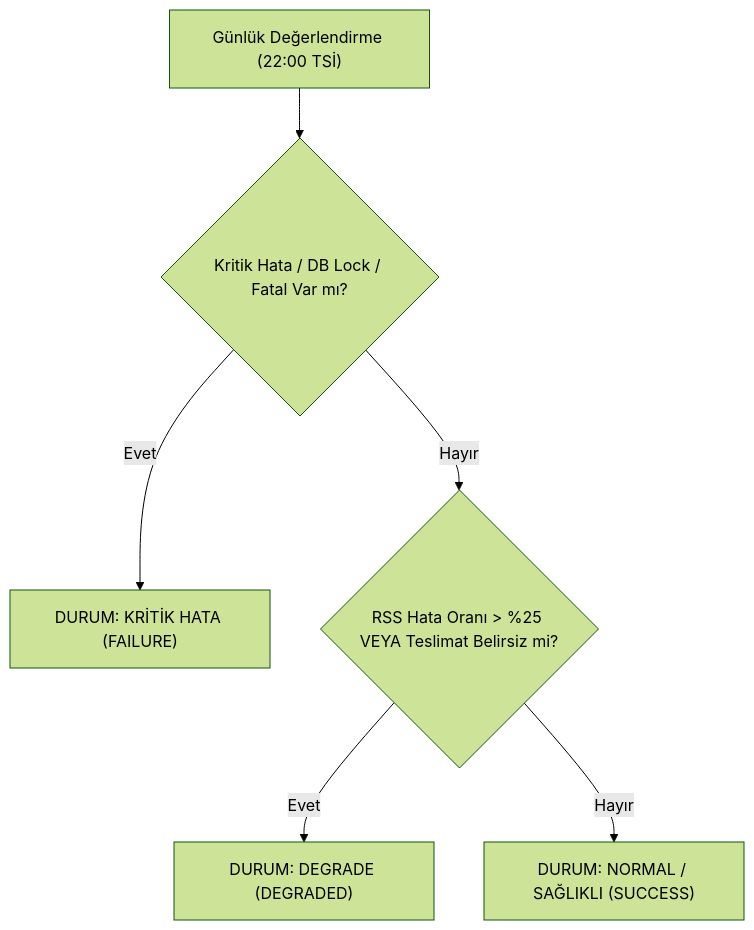
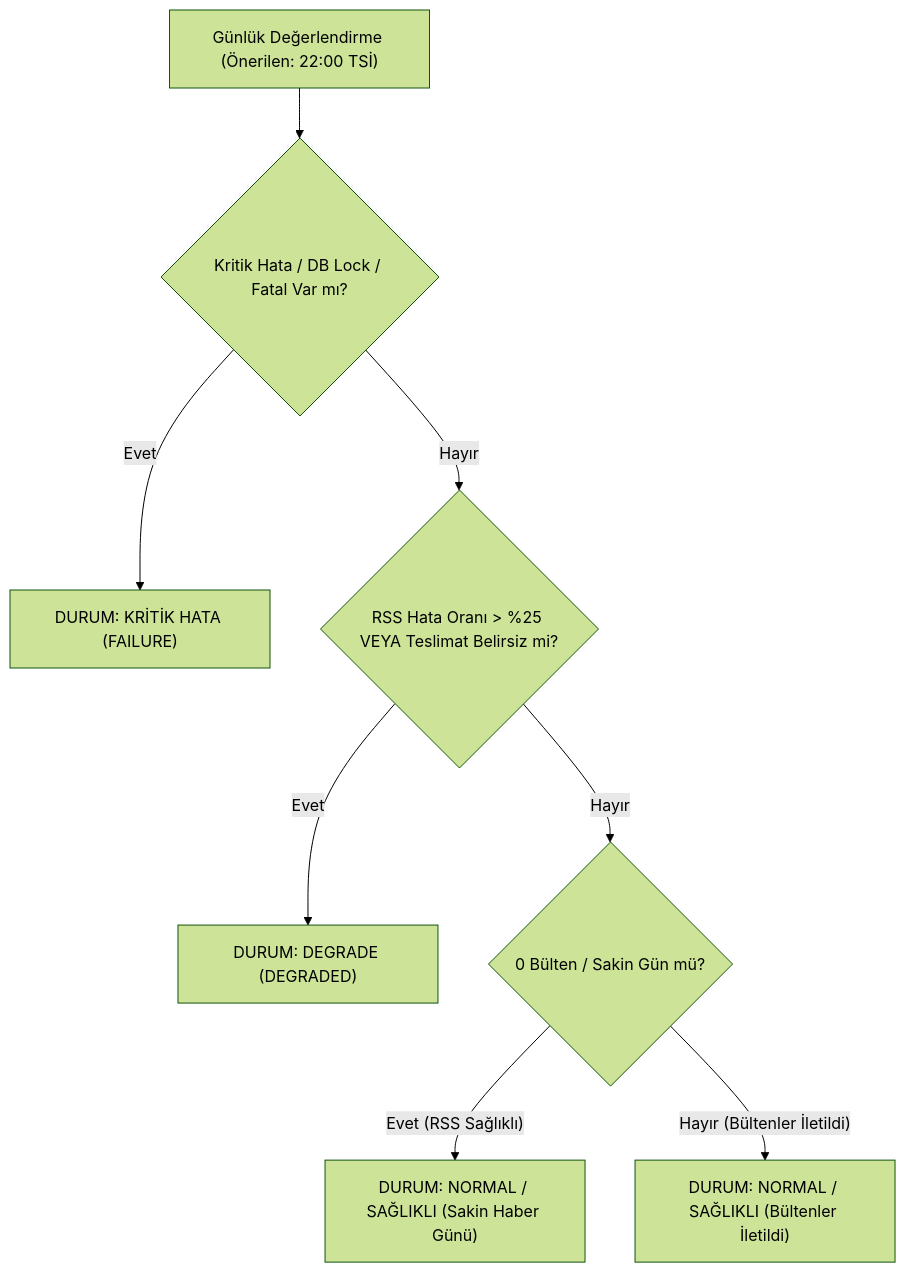
The diagram in docs/DAILY_ADMIN_HEALTH_REPORT_DESIGN.md (fatihemres/efso-radar), drawn with Mermaid (forest theme) before and after one commit. The commit also changed other lines of this file and 7 other files, not shown here.

````diff
--- a/docs/DAILY_ADMIN_HEALTH_REPORT_DESIGN.md
+++ b/docs/DAILY_ADMIN_HEALTH_REPORT_DESIGN.md
@@ -50,8 +55,10 @@
 ```mermaid
 flowchart TD
-    Start["Günlük Değerlendirme (22:00 TSİ)"] --> CheckErrors{"Kritik Hata / DB Lock / Fatal Var mı?"}
+    Start["Günlük Değerlendirme (Önerilen: 22:00 TSİ)"] --> CheckErrors{"Kritik Hata / DB Lock / Fatal Var mı?"}
     CheckErrors -- Evet --> StateFailure["DURUM: KRİTİK HATA (FAILURE)"]
     CheckErrors -- Hayır --> CheckDegraded{"RSS Hata Oranı > %25 VEYA Teslimat Belirsiz mi?"}
     CheckDegraded -- Evet --> StateDegraded["DURUM: DEGRADE (DEGRADED)"]
-    CheckDegraded -- Hayır --> StateSuccess["DURUM: NORMAL / SAĞLIKLI (SUCCESS)"]
+    CheckDegraded -- Hayır --> CheckQuiet{"0 Bülten / Sakin Gün mü?"}
+    CheckQuiet -- Evet (RSS Sağlıklı) --> StateSuccessQuiet["DURUM: NORMAL / SAĞLIKLI (Sakin Haber Günü)"]
+    CheckQuiet -- Hayır (Bültenler İletildi) --> StateSuccess["DURUM: NORMAL / SAĞLIKLI (Bültenler İletildi)"]
 ```
````
